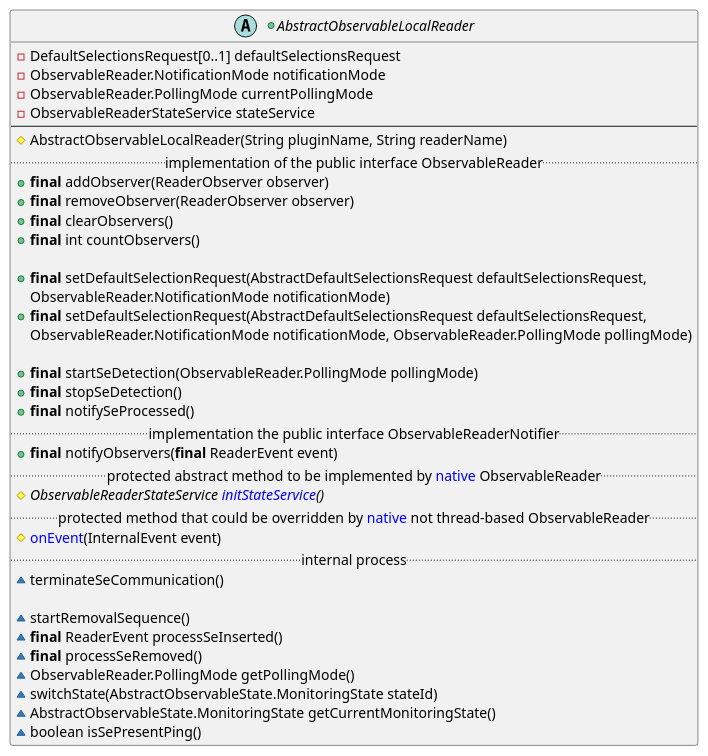
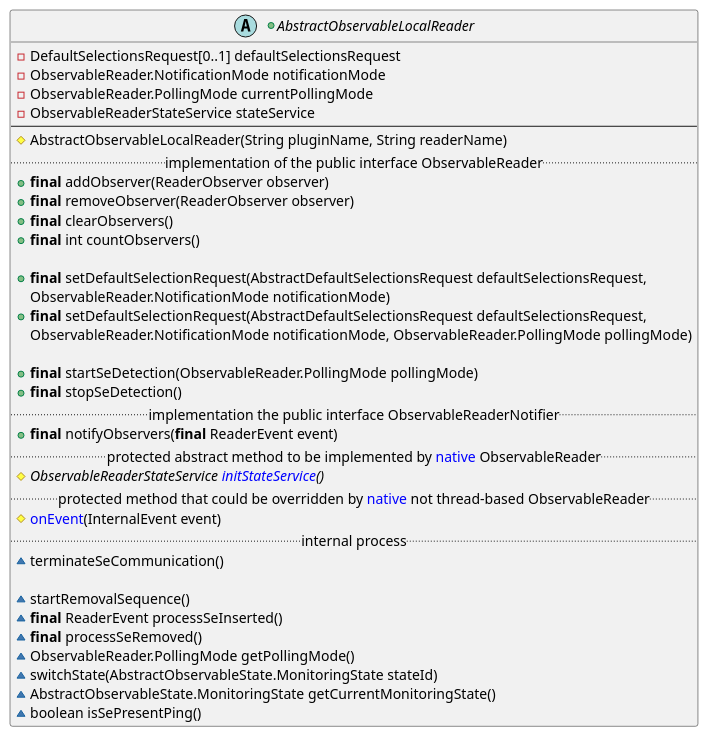
Before and after one commit to calypsonet/keyple: diagram 29 of 29 in src/KeypleCoreApi/PluginApi/puml/KeypleCore-PluginApi-ClassDiag-SE_Proxy-ClassElements.iuml, drawn with PlantUML. The commit also changed 10 other files, not shown here.

```diff
--- a/src/KeypleCoreApi/PluginApi/puml/KeypleCore-PluginApi-ClassDiag-SE_Proxy-ClassElements.iuml
+++ b/src/KeypleCoreApi/PluginApi/puml/KeypleCore-PluginApi-ClassDiag-SE_Proxy-ClassElements.iuml
@@ -650,45 +650,45 @@
 @startuml(id=PLUGIN_OBSERVABLEREADER_0_9_0)
 +abstract AbstractObservableLocalReader {
   -DefaultSelectionsRequest[0..1] defaultSelectionsRequest
   -ObservableReader.NotificationMode notificationMode
   -ObservableReader.PollingMode currentPollingMode
   -ObservableReaderStateService stateService
   --
   #AbstractObservableLocalReader(String pluginName, String readerName)
 '
   .. implementation of the public interface ObservableReader ..
   +<b>final</b> addObserver(ReaderObserver observer)
   +<b>final</b> removeObserver(ReaderObserver observer)
   +<b>final</b> clearObservers()
   +<b>final</b> int countObservers()
 
   +<b>final</b> setDefaultSelectionRequest(AbstractDefaultSelectionsRequest defaultSelectionsRequest,
     ObservableReader.NotificationMode notificationMode)
   +<b>final</b> setDefaultSelectionRequest(AbstractDefaultSelectionsRequest defaultSelectionsRequest,
     ObservableReader.NotificationMode notificationMode, ObservableReader.PollingMode pollingMode)
 
   +<b>final</b> startSeDetection(ObservableReader.PollingMode pollingMode)
   +<b>final</b> stopSeDetection()
-  +<b>final</b> notifySeProcessed()
+'  +<b>final</b> notifySeProcessed()
 '
   .. implementation the public interface ObservableReaderNotifier ..
   +<b>final</b> notifyObservers(<b>final</b> ReaderEvent event)
 '
   .. protected abstract method to be implemented by <color:blue>native</color> ObservableReader ..
   #{abstract} ObservableReaderStateService <color:blue>initStateService</color>()
 '
   .. protected method that could be overridden by <color:blue>native</color> not thread-based ObservableReader ..
   #<color:blue>onEvent</color>(InternalEvent event)
 '
   .. internal process ..
   ~terminateSeCommunication()
 
   ~startRemovalSequence()
   ~<b>final</b> ReaderEvent processSeInserted()
   ~<b>final</b> processSeRemoved()
   ~ObservableReader.PollingMode getPollingMode()
   ~switchState(AbstractObservableState.MonitoringState stateId)
   ~AbstractObservableState.MonitoringState getCurrentMonitoringState()
   ~boolean isSePresentPing()
 }
 @enduml
```
